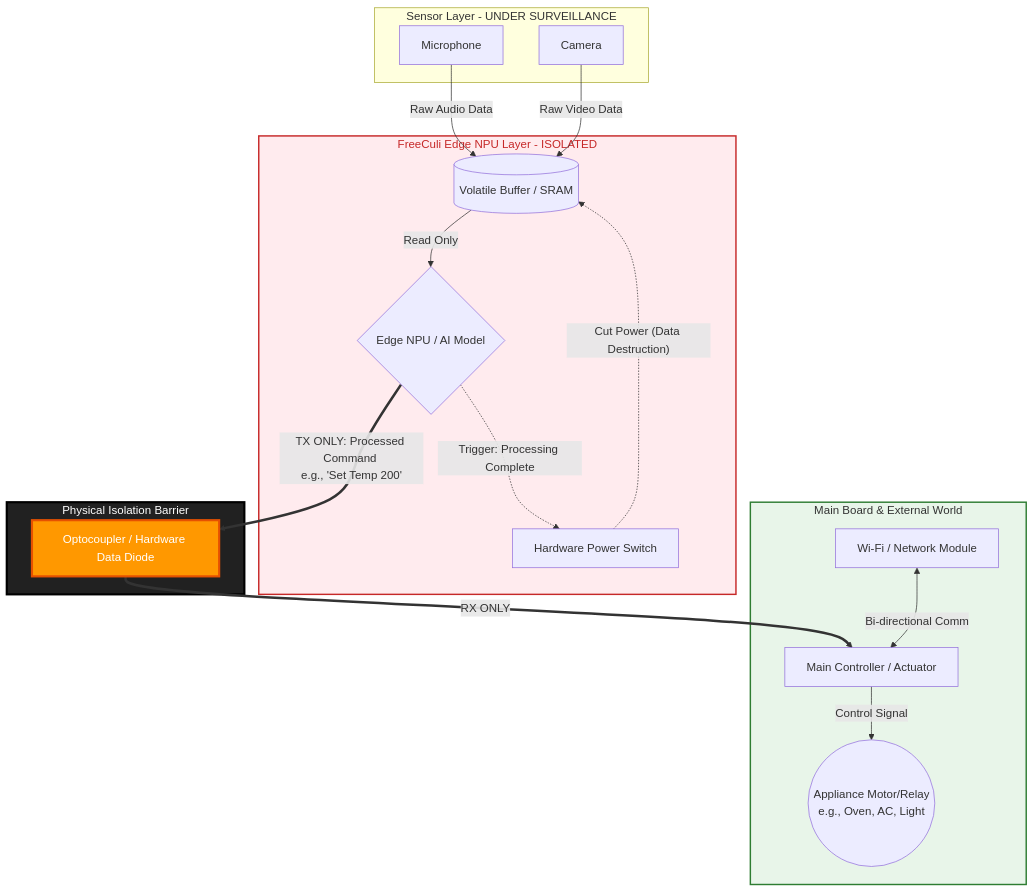
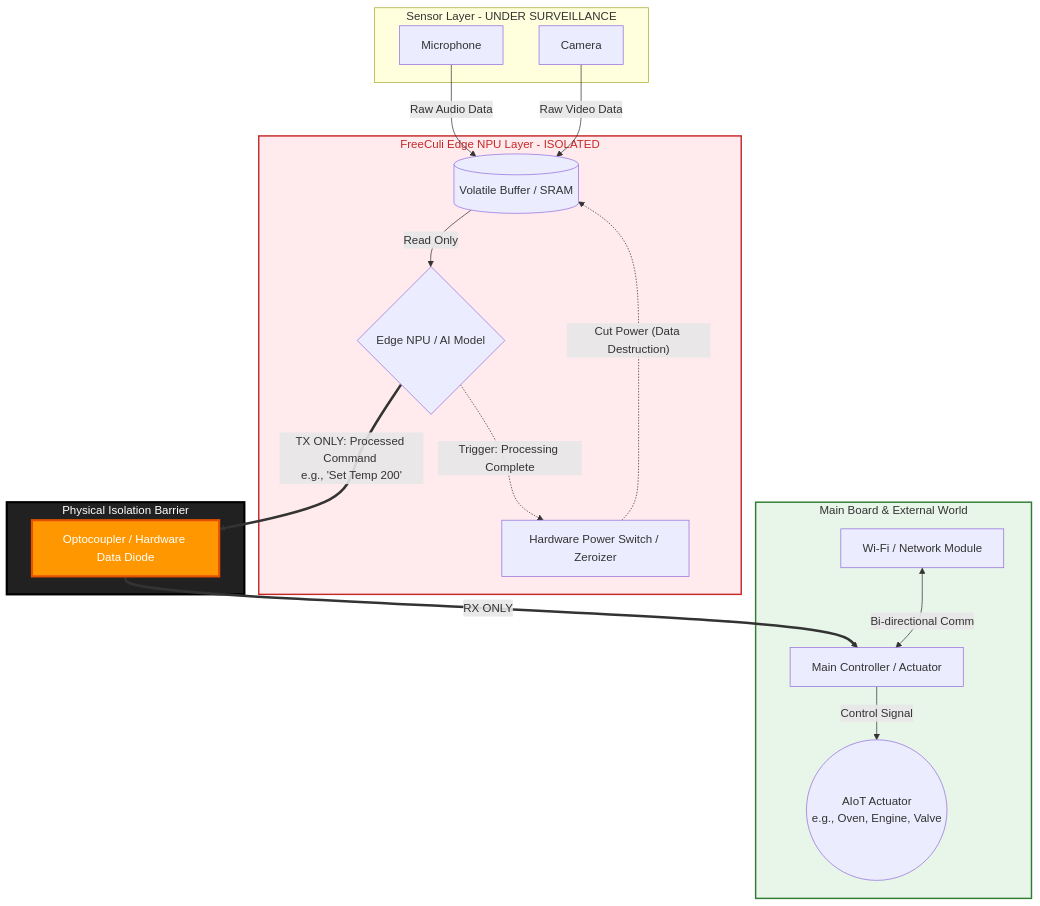
One commit to FreeCuli/zero-cloud-hardware-architecture changed the diagram in Zero-Cloud-Smart-Home-Edge-AI-Architecture.md. Above: the diagram before and after it, drawn with Mermaid. The commit also changed other lines of this file and 5 other files, not shown here.

````diff
--- a/Zero-Cloud-Smart-Home-Edge-AI-Architecture.md
+++ b/Zero-Cloud-Smart-Home-Edge-AI-Architecture.md
@@ -73,55 +63,55 @@
 ```mermaid
 graph TD
     %% Components
     subgraph SENSORS [Sensor Layer - UNDER SURVEILLANCE]
         MIC[Microphone]
         CAM[Camera]
     end
 
     subgraph EDGE_AI [FreeCuli Edge NPU Layer - ISOLATED]
         VOL_RAM[(Volatile Buffer / SRAM)]
         AI_CHIP{Edge NPU / AI Model}
-        HW_KILL[Hardware Power Switch]
+        HW_KILL[Hardware Power Switch / Zeroizer]
     end
 
     subgraph ISOLATION [Physical Isolation Barrier]
         OPTO[Optocoupler / Hardware Data Diode]
     end
 
     subgraph MAIN_BOARD [Main Board & External World]
         MAIN_MCU[Main Controller / Actuator]
         WIFI[Wi-Fi / Network Module]
-        APPLIANCE((Appliance Motor/Relay <br> e.g., Oven, AC, Light))
+        APPLIANCE((AIoT Actuator <br> e.g., Oven, Engine, Valve))
     end
 
     %% Data Flows (Strict Flow)
     MIC -->|Raw Audio Data| VOL_RAM
     CAM -->|Raw Video Data| VOL_RAM
     
     VOL_RAM -->|Read Only| AI_CHIP
     
     %% After AI Inference completes
     AI_CHIP -.->|Trigger: Processing Complete| HW_KILL
     HW_KILL -.->|"Cut Power (Data Destruction)"| VOL_RAM
     
     %% Output
     AI_CHIP ==>|"TX ONLY: Processed Command <br/>e.g., 'Set Temp 200'"| OPTO
     
     %% Optocoupler allows only one-way traffic
     OPTO ==>|RX ONLY| MAIN_MCU
     
     %% External Connections
     WIFI <-->|Bi-directional Comm| MAIN_MCU
     MAIN_MCU -->|Control Signal| APPLIANCE
 
     %% Styling
     classDef isolated fill:#ffebee,stroke:#c62828,stroke-width:2px,color:#c62828;
     classDef open fill:#e8f5e9,stroke:#2e7d32,stroke-width:2px;
     classDef barrier fill:#212121,stroke:#000,stroke-width:3px,color:#fff;
     classDef diode fill:#ff9800,stroke:#e65100,stroke-width:3px,color:#fff;
     
     class EDGE_AI isolated;
     class MAIN_BOARD open;
     class ISOLATION barrier;
     class OPTO diode;
 ```
````
